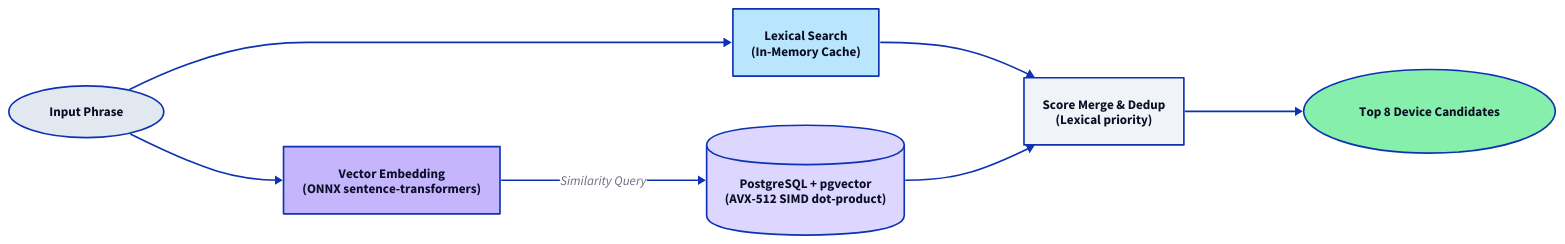
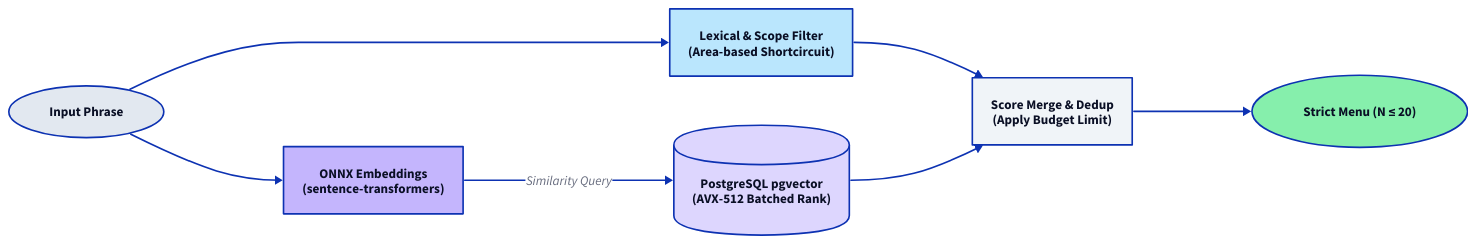
Before and after one commit to ParkWardRR/ha-deterministic-voice-agent: the diagram in assets/entity_resolution.d2, drawn with D2. The commit also changed 6 other files, not shown here.

Commit message:
Docs: Update infrastructure diagrams and V2 latency metrics

```diff
--- a/assets/entity_resolution.d2
+++ b/assets/entity_resolution.d2
@@ -1,18 +1,18 @@
 direction: right
 
 input: {label: "Input Phrase"; shape: oval; style.fill: "#e2e8f0"}
-lexical: {label: "Lexical Search\n(In-Memory Cache)"; style.fill: "#bae6fd"}
-vector: {label: "Vector Embedding\n(ONNX sentence-transformers)"; style.fill: "#c4b5fd"}
-db: {label: "PostgreSQL + pgvector\n(AVX-512 SIMD dot-product)"; shape: cylinder; style.fill: "#ddd6fe"}
-merge: {label: "Score Merge & Dedup\n(Lexical priority)"; style.fill: "#f0f4f8"}
-out: {label: "Top 8 Device Candidates"; shape: oval; style.fill: "#86efac"}
+lexical: {label: "Lexical & Scope Filter\n(Area-based Shortcircuit)"; style.fill: "#bae6fd"}
+vector: {label: "ONNX Embeddings\n(sentence-transformers)"; style.fill: "#c4b5fd"}
+db: {label: "PostgreSQL pgvector\n(AVX-512 Batched Rank)"; shape: cylinder; style.fill: "#ddd6fe"}
+merge: {label: "Score Merge & Dedup\n(Apply Budget Limit)"; style.fill: "#f0f4f8"}
+out: {label: "Strict Menu (N ≤ 20)"; shape: oval; style.fill: "#86efac"}
 
 input -> lexical
 input -> vector
 
 vector -> db: "Similarity Query"
 
 lexical -> merge
 db -> merge
 
 merge -> out
```
